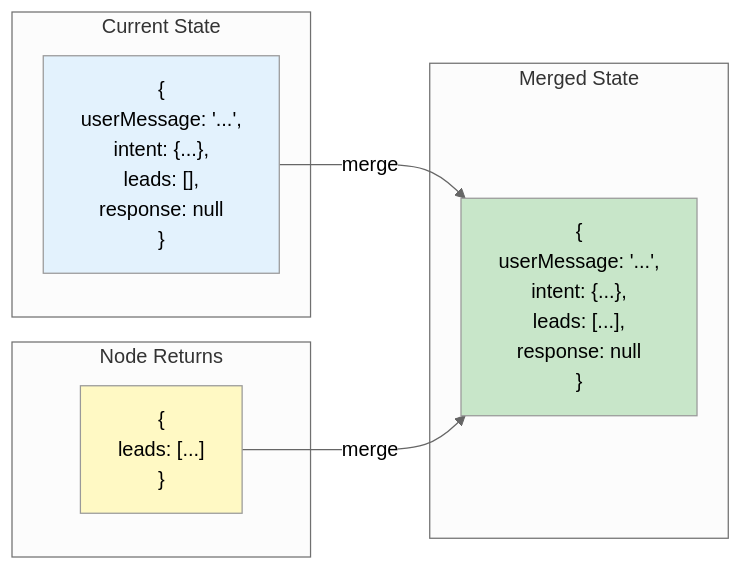
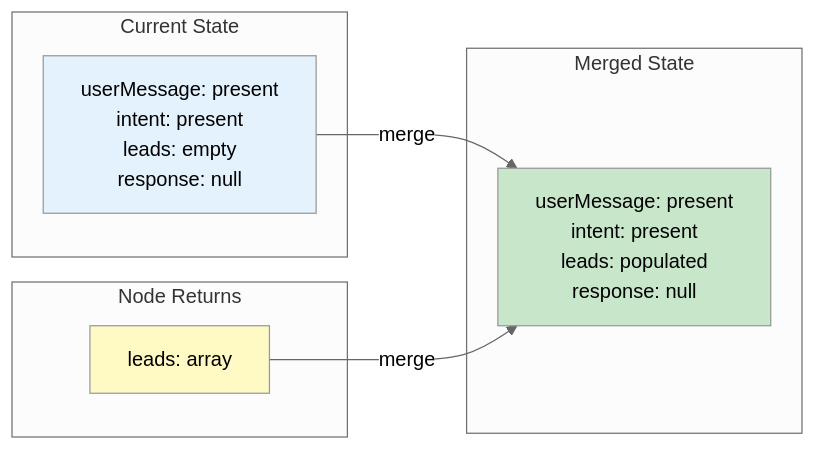
Before and after one commit to AliMehdii/Jedha-use-case: the third of 3 diagrams in Instructional-Design-Challenge/Day-01_From-Chatbot-to-Agent/00-Lectures/03-State-And-Data.md, drawn with Mermaid (neutral theme). The commit also changed other lines of this file and 9 other files, not shown here.

Commit message:
Refine instructional materials for AI agents: updated diagrams for chatbot vs. agent flows, improved state representation in exercises, and enhanced error handling visuals. Adjusted terminology for clarity and consistency across all lecture and exercise files.

````diff
--- a/Instructional-Design-Challenge/Day-01_From-Chatbot-to-Agent/00-Lectures/03-State-And-Data.md
+++ b/Instructional-Design-Challenge/Day-01_From-Chatbot-to-Agent/00-Lectures/03-State-And-Data.md
@@ -293,21 +293,21 @@
 ```mermaid
 graph LR
-    subgraph "Node Returns"
-        NR["{<br/>  leads: [...]<br/>}"]
+    subgraph NodeReturns["Node Returns"]
+        NR["leads: array"]
     end
     
-    subgraph "Current State"
-        CS["{<br/>  userMessage: '...',<br/>  intent: {...},<br/>  leads: [],<br/>  response: null<br/>}"]
+    subgraph CurrentState["Current State"]
+        CS["userMessage: present<br/>intent: present<br/>leads: empty<br/>response: null"]
     end
     
-    subgraph "Merged State"
-        MS["{<br/>  userMessage: '...',<br/>  intent: {...},<br/>  leads: [...],<br/>  response: null<br/>}"]
+    subgraph MergedState["Merged State"]
+        MS["userMessage: present<br/>intent: present<br/>leads: populated<br/>response: null"]
     end
     
     CS --> |merge| MS
     NR --> |merge| MS
     
     style CS fill:#e3f2fd
     style NR fill:#fff9c4
     style MS fill:#c8e6c9
 ```
````
